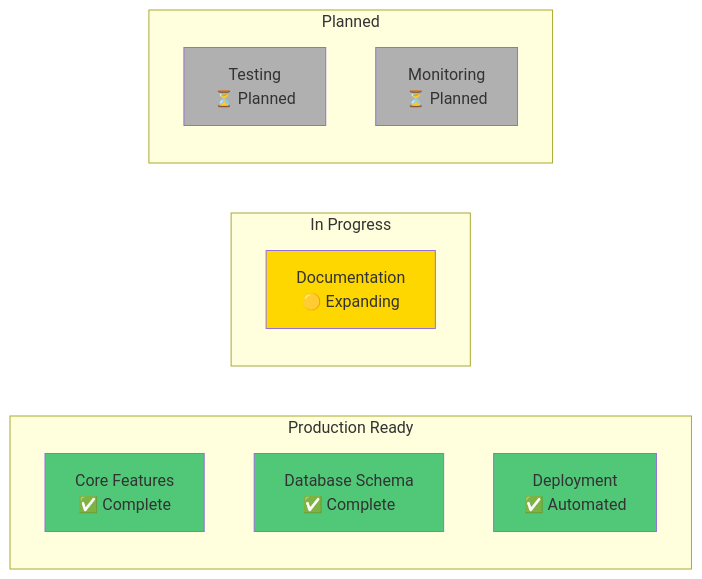
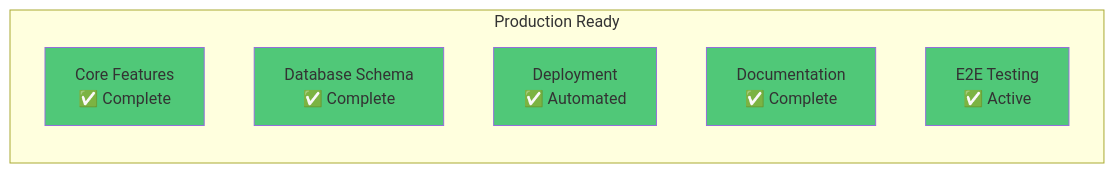
Before and after one commit to tant/service-center-app: the second of 5 diagrams in docs/architecture/01-introduction.md, drawn with Mermaid. The commit also changed other lines of this file and 79 other files, not shown here.

````diff
--- a/docs/architecture/01-introduction.md
+++ b/docs/architecture/01-introduction.md
@@ -76,24 +76,16 @@
 ```mermaid
 graph LR
     subgraph "Production Ready"
         Core[Core Features<br/>✅ Complete]
         DB[Database Schema<br/>✅ Complete]
         Deploy[Deployment<br/>✅ Automated]
-    end
-
-    subgraph "In Progress"
-        Docs[Documentation<br/>🟡 Expanding]
-    end
-
-    subgraph "Planned"
-        Tests[Testing<br/>⏳ Planned]
-        Monitor[Monitoring<br/>⏳ Planned]
+        Docs[Documentation<br/>✅ Complete]
+        Tests[E2E Testing<br/>✅ Active]
     end
 
     style Core fill:#50C878
     style DB fill:#50C878
     style Deploy fill:#50C878
-    style Docs fill:#FFD700
-    style Tests fill:#B0B0B0
-    style Monitor fill:#B0B0B0
+    style Docs fill:#50C878
+    style Tests fill:#50C878
 ```
````
